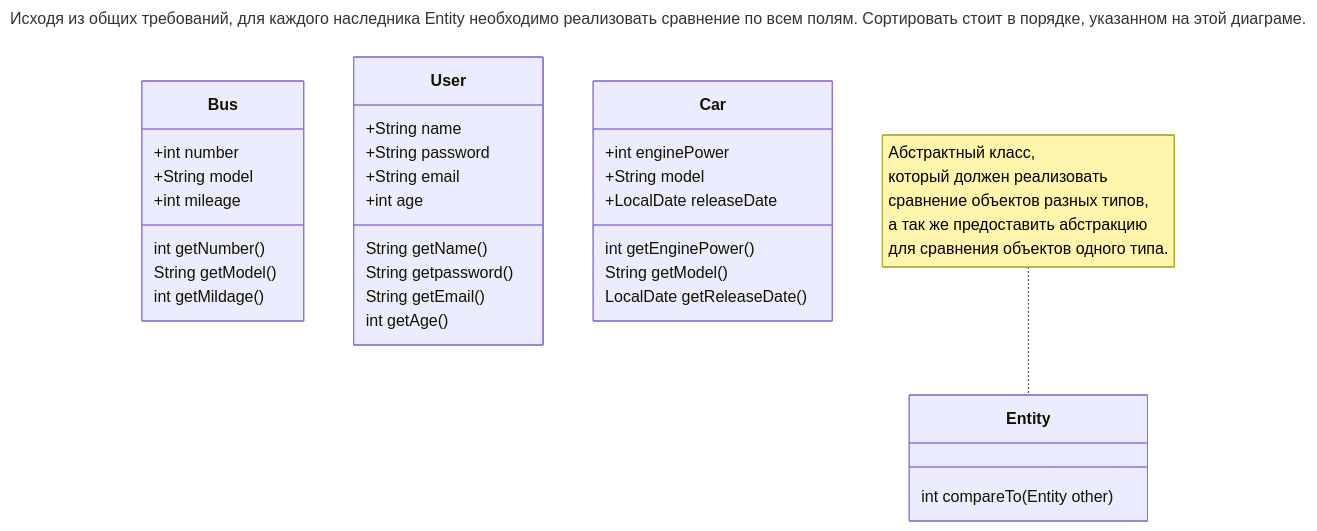
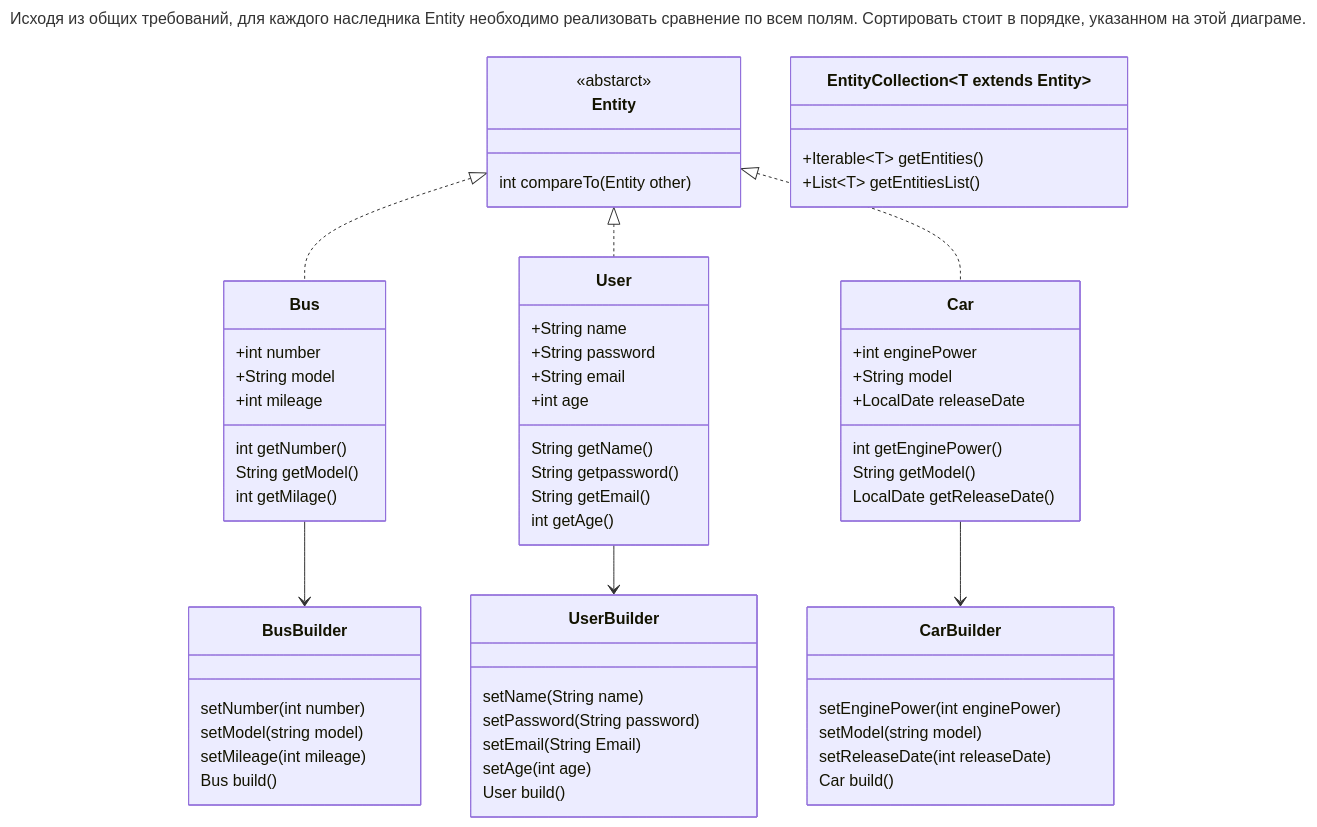
The fifth of 6 diagrams in README.md (ColAshN65/FirstTeamProject), drawn with Mermaid before and after one commit. The commit also changed other lines of this file, not shown here.

Commit message:
Readme Corrections for Model and Shared

````diff
--- a/README.md
+++ b/README.md
@@ -110,51 +143,81 @@
 ```mermaid
 ---
 title: Исходя из общих требований, 
   для каждого наследника Entity необходимо реализовать
   сравнение по всем полям. 
   Сортировать стоит в порядке, указанном на этой диаграме.
 ---
 classDiagram
 
-  note for Entity "Абстрактный класс, 
-  который должен реализовать 
-  сравнение объектов разных типов,
-   а так же предоставить абстракцию
-    для сравнения объектов одного типа."
+  Entity <|.. Bus
+  Entity <|.. User
+  Entity <|.. Car
+
+  Bus --> BusBuilder
+  User --> UserBuilder
+  Car --> CarBuilder
 
   class Entity {
+    <<abstarct>>
     int compareTo(Entity other)
+  }
+
+  class EntityCollection~T extends Entity~{
+    +Iterable~T~ getEntities()
+    +List~T~ getEntitiesList()
   }
 
   class Bus {
     +int number
     +String model
     +int mileage
 
     int getNumber()
     String getModel()
-    int getMildage()
+    int getMilage()
+  }
+
+  class BusBuilder{
+    setNumber(int number)
+    setModel(string model)
+    setMileage(int mileage)
+    Bus build()
   }
 
   class User {
     +String name
     +String password
     +String email
     +int age
 
     String getName()
     String getpassword()
     String getEmail()
     int getAge()
   }
 
+  class UserBuilder{
+    setName(String name)
+    setPassword(String password)
+    setEmail(String Email)
+    setAge(int age)
+    User build()
+  }
+
   class Car{
     +int enginePower
     +String model
     +LocalDate releaseDate
 
     int getEnginePower()
     String getModel()
     LocalDate getReleaseDate()
   }
+
+  class CarBuilder{
+    setEnginePower(int enginePower)
+    setModel(string model)
+    setReleaseDate(int releaseDate)
+    Car build()
+  }
 ```
````
